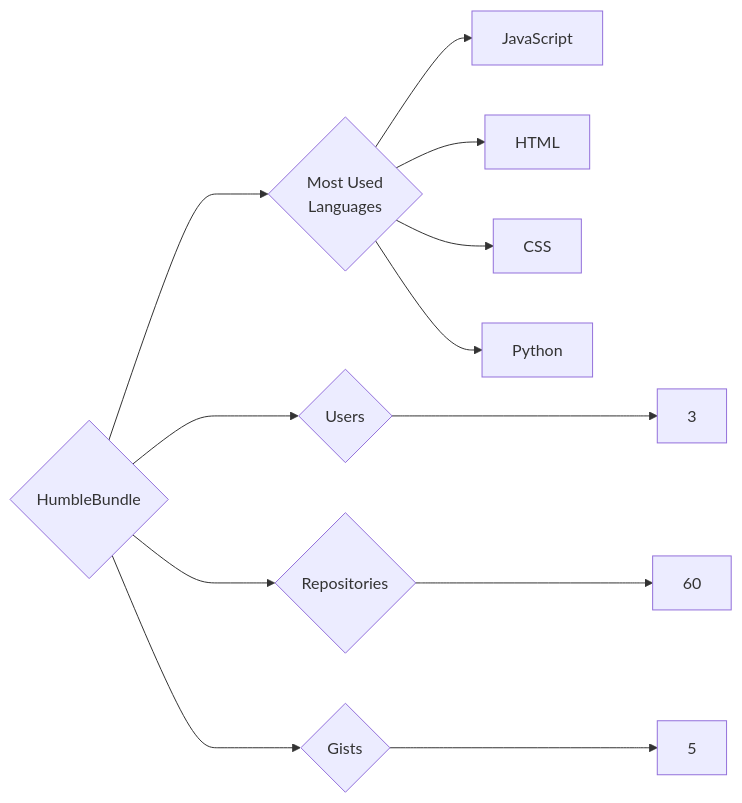
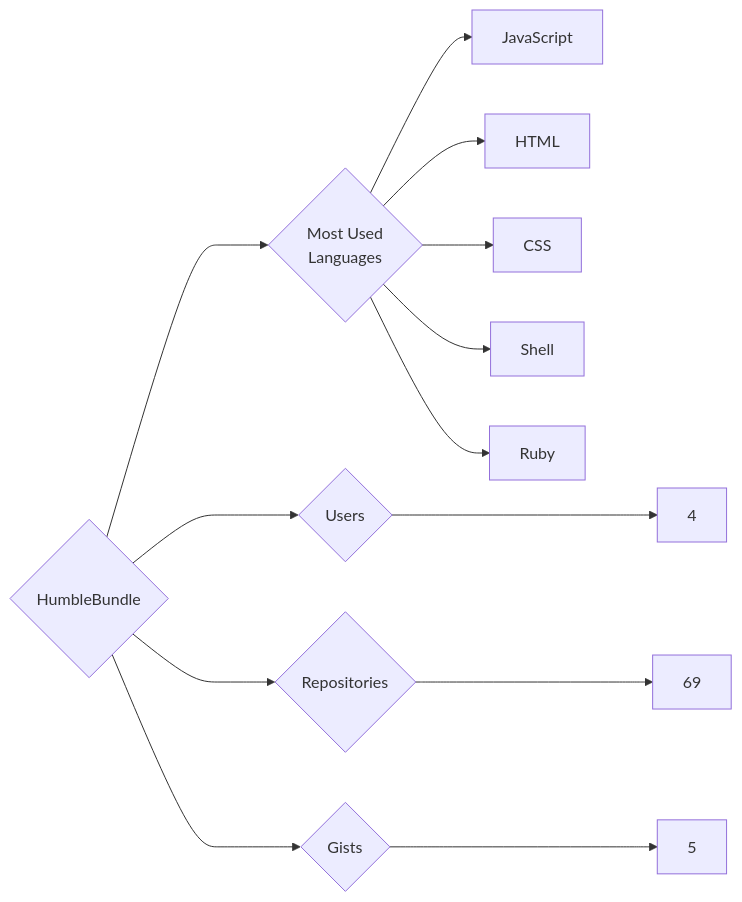
Before and after one commit to trickest/insiders: the diagram in targets/HumbleBundle/README.md, drawn with Mermaid. The commit also changed 873 other files, not shown here.

````diff
--- a/targets/HumbleBundle/README.md
+++ b/targets/HumbleBundle/README.md
@@ -3,12 +3,13 @@
 ```mermaid
 graph LR
 COMPANY_NAME{HumbleBundle}
-COMPANY_NAME ---> U{Users} ---> UN[3]
-COMPANY_NAME ---> R{Repositories} ---> RN[60]
+COMPANY_NAME ---> U{Users} ---> UN[4]
+COMPANY_NAME ---> R{Repositories} ---> RN[69]
 COMPANY_NAME ---> G{Gists} ---> GN[5]
 COMPANY_NAME ---> ML{Most Used<br>Languages}
 ML --> JavaScript[JavaScript]
 ML --> HTML[HTML]
 ML --> CSS[CSS]
-ML --> Python[Python]
+ML --> Shell[Shell]
+ML --> Ruby[Ruby]
 ```
````
